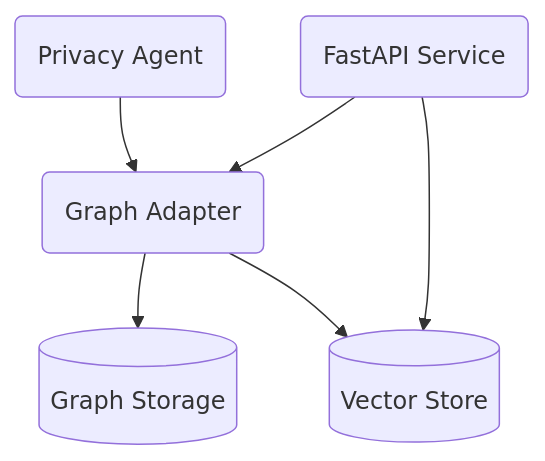
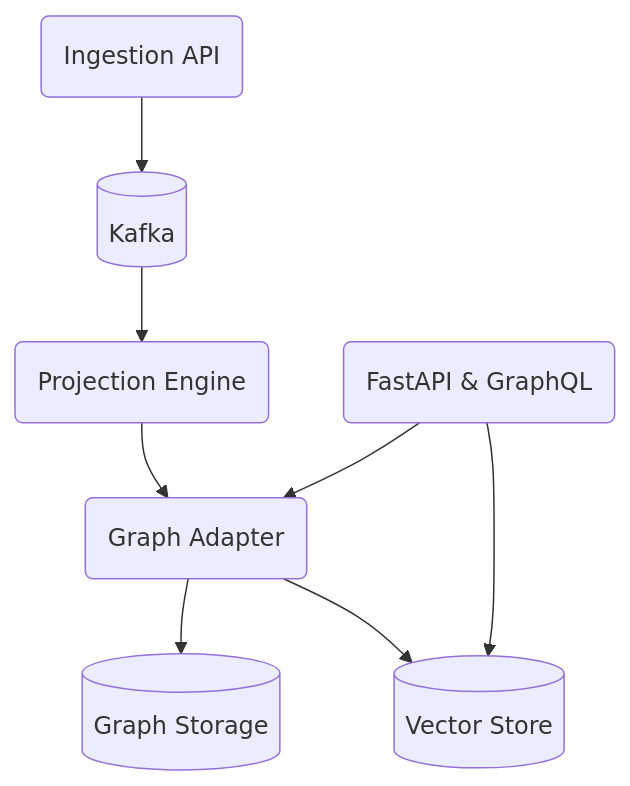
One commit to d0tTino/UME changed the second of 6 diagrams in docs/ARCHITECTURE_OVERVIEW.md. Above: the diagram before and after it, drawn with Mermaid. The commit also changed other lines of this file and 2 other files, not shown here.

Commit message:
docs: add ingestion and projection details

````diff
--- a/docs/ARCHITECTURE_OVERVIEW.md
+++ b/docs/ARCHITECTURE_OVERVIEW.md
@@ -34,8 +34,10 @@
 ```mermaid
 graph TD
-    PrivacyAgent(Privacy Agent) --> Adapter(Graph Adapter)
+    Ingest(Ingestion API) --> Kafka[(Kafka)]
+    Kafka --> Projection(Projection Engine)
+    Projection --> Adapter(Graph Adapter)
     Adapter --> GraphDB[(Graph Storage)]
     Adapter --> VectorStore[(Vector Store)]
-    API(FastAPI Service) --> Adapter
+    API(FastAPI & GraphQL) --> Adapter
     API --> VectorStore
 ```
````
